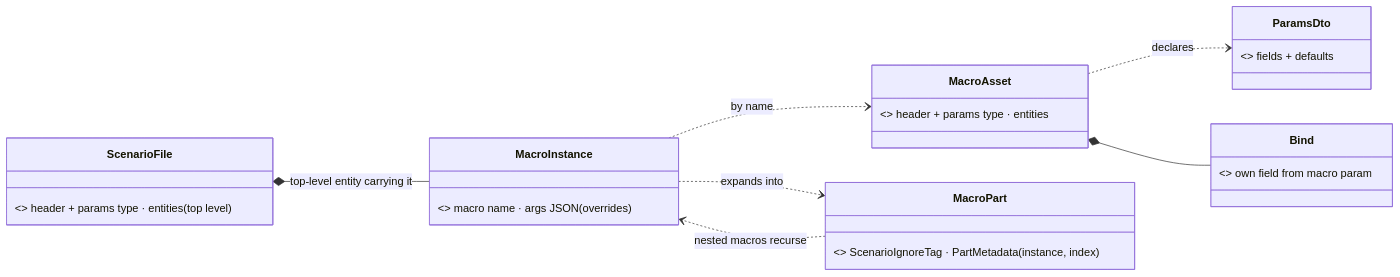
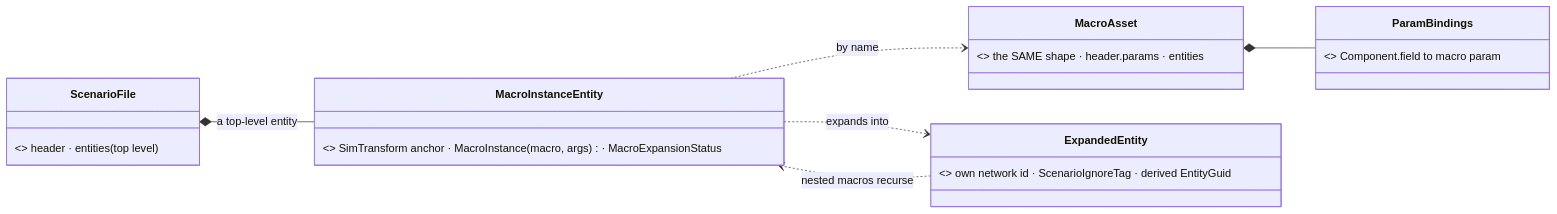
One commit to pjanec/HROT changed the fourth of 13 diagrams in docs/DESIGN_Scenario_Rules.md. Above: the diagram before and after it, drawn with Mermaid. The commit also changed other lines of this file, not shown here.

First line of the commit message:
DESIGN_Scenario_Rules to FINAL form — superseded revisions removed, every why kept (1666 → 1337 lines)

````diff
--- a/docs/DESIGN_Scenario_Rules.md
+++ b/docs/DESIGN_Scenario_Rules.md
@@ -578,16 +434,14 @@
 ```mermaid
 classDiagram
     direction LR
-    class ScenarioFile { <<existing, + params>> header + params type · entities (top level) }
-    class MacroAsset { <<new asset kind, scenario-like, own folder>> header + params type · entities }
-    class MacroInstance { <<new component, SAVED>> macro name · args JSON (overrides) }
-    class MacroPart { <<derived entity, NOT saved>> ScenarioIgnoreTag · PartMetadata(instance, index) }
-    class ParamsDto { <<existing .params.json>> fields + defaults }
-    class Bind { <<new, per entity in a macro>> own field from macro param }
-    ScenarioFile *-- MacroInstance : top-level entity carrying it
-    MacroInstance ..> MacroAsset : by name
-    MacroAsset ..> ParamsDto : declares
-    MacroAsset *-- Bind
-    MacroInstance ..> MacroPart : expands into
-    MacroPart ..> MacroInstance : nested macros recurse
+    class ScenarioFile { <<existing, + header.params>> header · entities (top level) }
+    class MacroAsset { <<new asset kind, macros/ folder>> the SAME shape · header.params · entities }
+    class MacroInstanceEntity { <<new TKB type, SAVED>> SimTransform anchor · MacroInstance(macro, args) · MacroExpansionStatus }
+    class ParamBindings { <<new component, saved in the macro>> Component.field to macro param }
+    class ExpandedEntity { <<ordinary entity, TRANSIENT>> own network id · ScenarioIgnoreTag · derived EntityGuid }
+    ScenarioFile *-- MacroInstanceEntity : a top-level entity
+    MacroInstanceEntity ..> MacroAsset : by name
+    MacroAsset *-- ParamBindings
+    MacroInstanceEntity ..> ExpandedEntity : expands into
+    ExpandedEntity ..> MacroInstanceEntity : nested macros recurse
 ```
````
